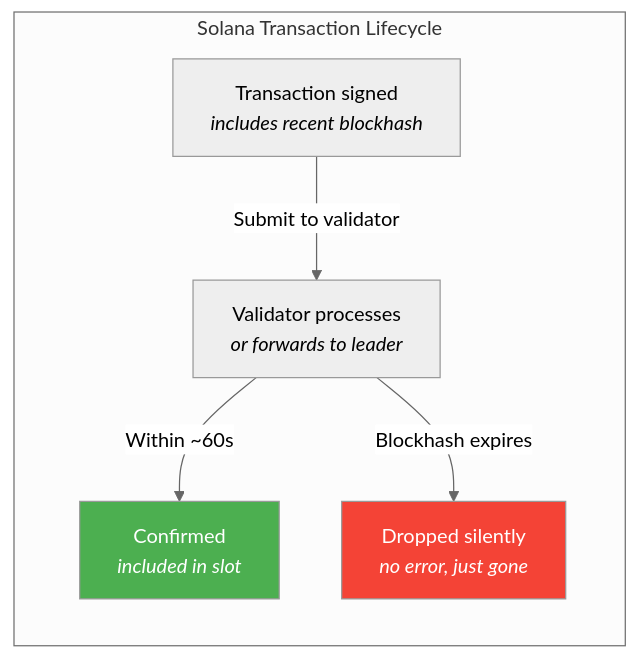
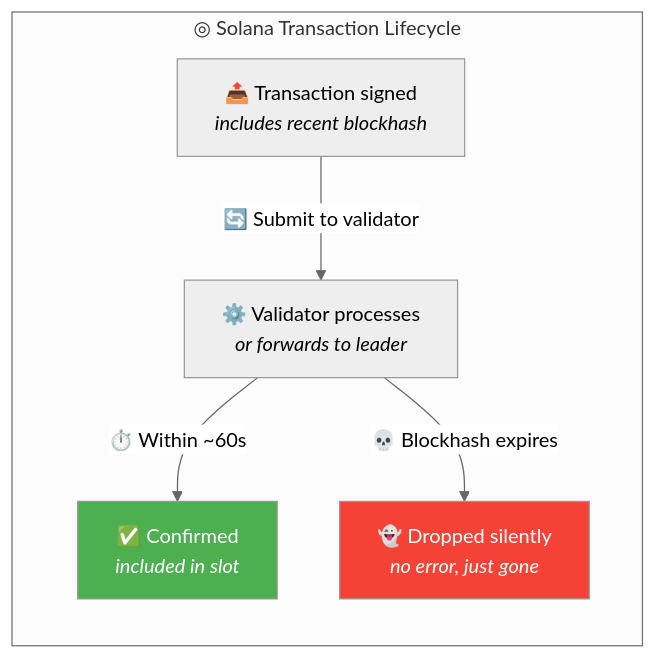
Before and after one commit to Puneethkumarck/stablebridge-tx-recovery: the third of 9 diagrams in README.md, drawn with Mermaid (neutral theme). The commit also changed other lines of this file, not shown here.

````diff
--- a/README.md
+++ b/README.md
@@ -230,13 +257,13 @@
 ```mermaid
 flowchart TB
-    subgraph Solana["Solana Transaction Lifecycle"]
+    subgraph Solana["◎ Solana Transaction Lifecycle"]
         direction TB
-        TX["Transaction signed<br/><i>includes recent blockhash</i>"]
-        TX --> |"Submit to validator"| VP["Validator processes<br/><i>or forwards to leader</i>"]
-        VP --> |"Within ~60s"| CONF["Confirmed<br/><i>included in slot</i>"]
-        VP --> |"Blockhash expires"| DROP["Dropped silently<br/><i>no error, just gone</i>"]
+        TX["📤 Transaction signed<br/><i>includes recent blockhash</i>"]
+        TX --> |"🔄 Submit to validator"| VP["⚙️ Validator processes<br/><i>or forwards to leader</i>"]
+        VP --> |"⏱️ Within ~60s"| CONF["✅ Confirmed<br/><i>included in slot</i>"]
+        VP --> |"💀 Blockhash expires"| DROP["👻 Dropped silently<br/><i>no error, just gone</i>"]
     end
 
     style DROP fill:#f44336,color:#fff
     style CONF fill:#4caf50,color:#fff
 ```
````
